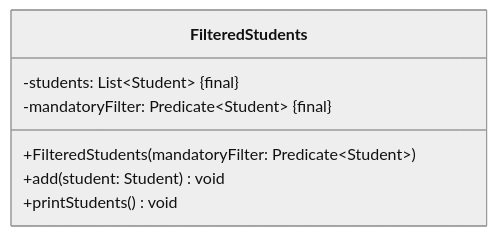
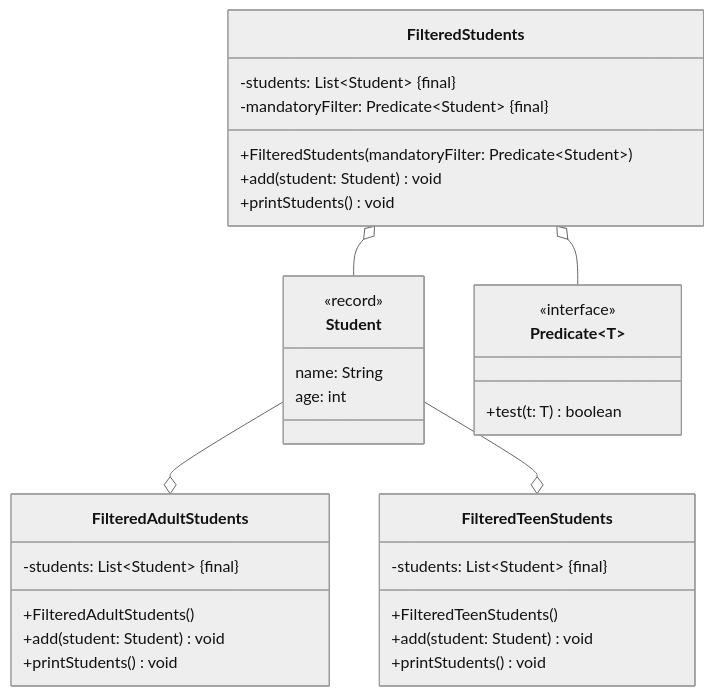
One commit to jappuccini/java-docs changed the diagram in docs/exercises/lambdas/lambdas02.mdx. Above: the diagram before and after it, drawn with Mermaid (neutral theme). The commit also changed other lines of this file and 3 other files, not shown here.

````diff
--- a/docs/exercises/lambdas/lambdas02.mdx
+++ b/docs/exercises/lambdas/lambdas02.mdx
@@ -27,10 +26,40 @@
 ```mermaid
 classDiagram
+    Student --o FilteredAdultStudents
+    Student --o FilteredTeenStudents
+    FilteredStudents o-- Student
+    FilteredStudents o-- Predicate~T~
+
+    class Student {
+        <<record>>
+        name: String
+        age: int
+    }
+
+    class Predicate~T~ {
+        <<interface>>
+        +test(t: T) boolean
+    }
+
+    class FilteredAdultStudents {
+        -students: List~Student~ &#123final&#125
+        +FilteredAdultStudents()
+        +add(student: Student) void
+        +printStudents() void
+    }
+
+    class FilteredTeenStudents {
+        -students: List~Student~ &#123final&#125
+        +FilteredTeenStudents()
+        +add(student: Student) void
+        +printStudents() void
+    }
+
     class FilteredStudents {
         -students: List~Student~ &#123final&#125
         -mandatoryFilter: Predicate~Student~ &#123final&#125
         +FilteredStudents(mandatoryFilter: Predicate~Student~)
         +add(student: Student) void
         +printStudents() void
     }
 ```
````
